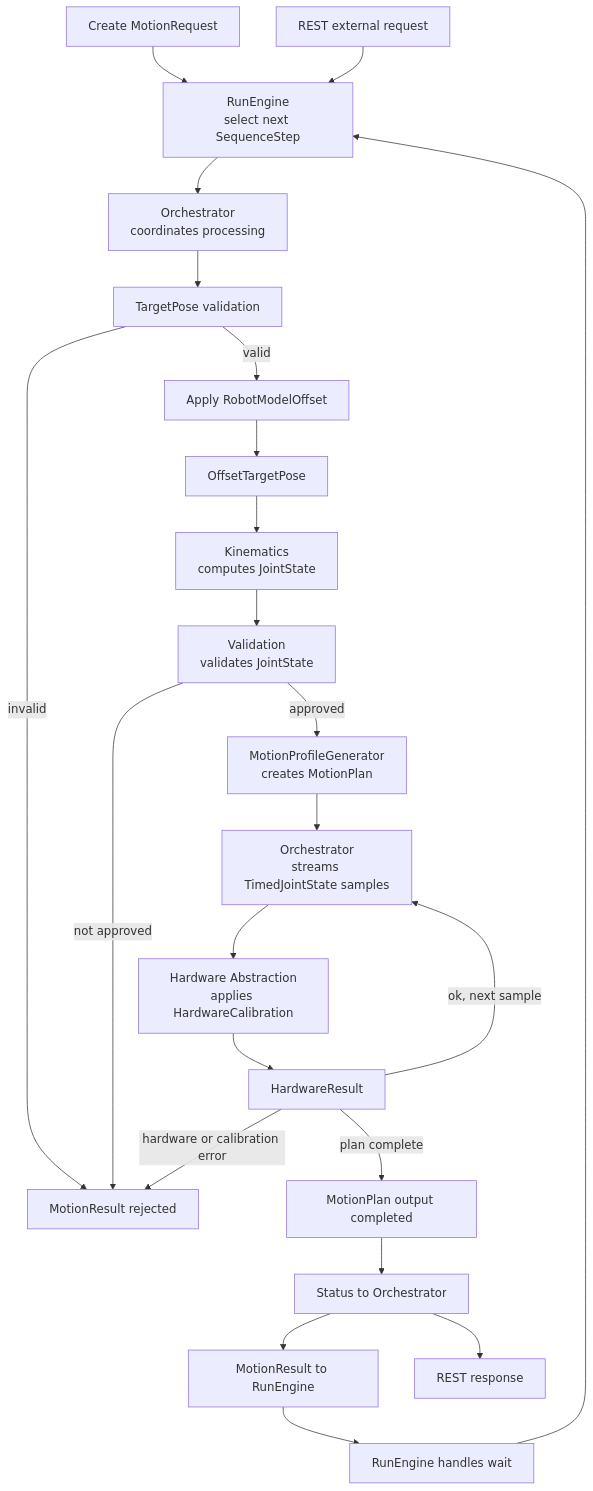
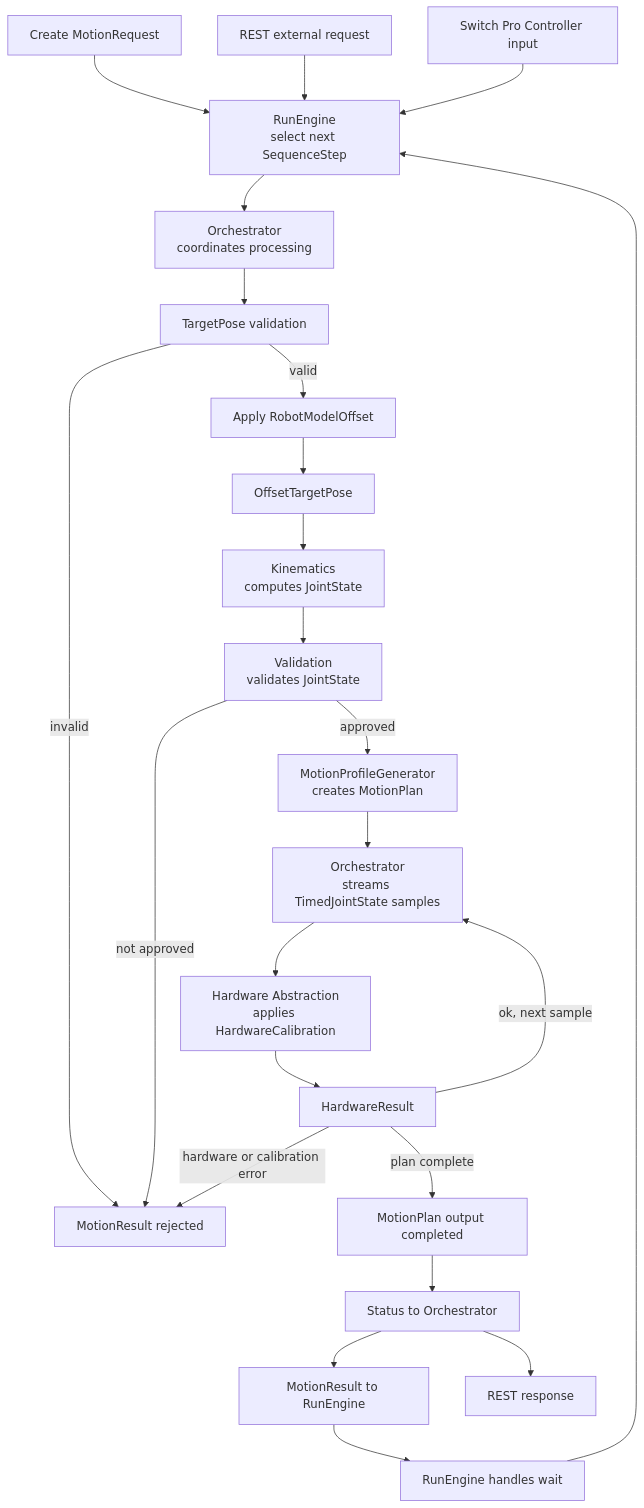
The seventh of 7 diagrams in doc/projektbeschreibung.md (butz1999/inverse_kinematik), drawn with Mermaid before and after one commit. The commit also changed other lines of this file and 1038 other files, not shown here.

Commit message:
WIP: PoC Switch 2 BLE Controller. Braucht noch eine grössere Überarbeitung!

````diff
--- a/doc/projektbeschreibung.md
+++ b/doc/projektbeschreibung.md
@@ -618,25 +649,26 @@
 ```mermaid
 flowchart TD
     A[Create MotionRequest] --> B[RunEngine<br/>select next SequenceStep]
     B --> O[Orchestrator<br/>coordinates processing]
     O --> C[TargetPose validation]
     C -->|invalid| D[MotionResult rejected]
     C -->|valid| E[Apply RobotModelOffset]
     E --> F[OffsetTargetPose]
     F --> G[Kinematics<br/>computes JointState]
     G --> H[Validation<br/>validates JointState]
     H -->|not approved| D
     H -->|approved| R[MotionProfileGenerator<br/>creates MotionPlan]
     R --> S[Orchestrator<br/>streams TimedJointState samples]
     S --> I[Hardware Abstraction<br/>applies HardwareCalibration]
     I --> P[HardwareResult]
     P -->|ok, next sample| S
     P -->|plan complete| J[MotionPlan output completed]
     P -->|hardware or calibration error| D
     J --> K[Status to Orchestrator]
     K --> L[MotionResult to RunEngine]
     K --> Q[REST response]
     L --> M[RunEngine handles wait]
     M --> B
     N[REST external request] --> B
+    T[Switch Pro Controller input] --> B
 ```
````
